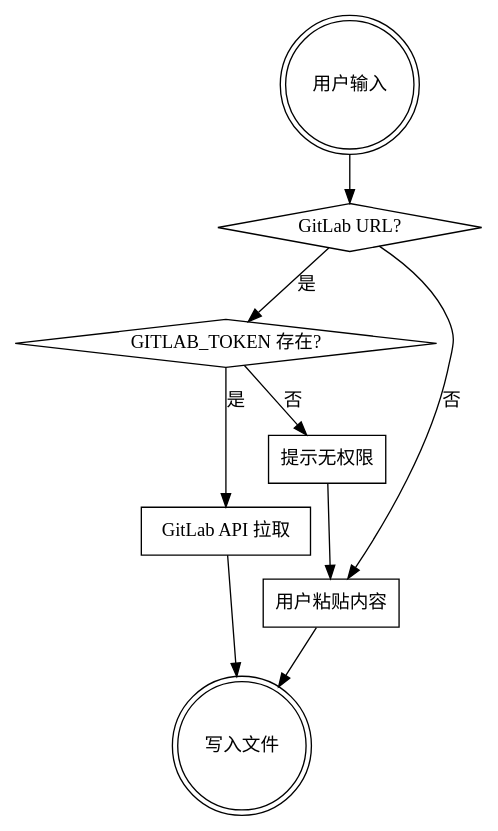
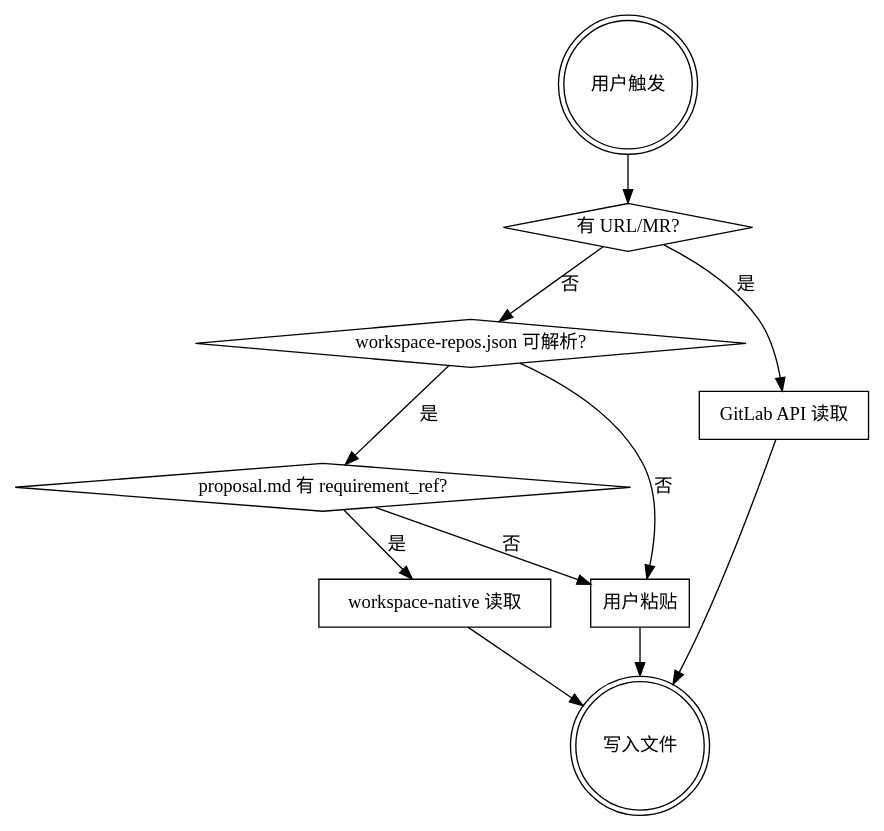
The diagram in plugins/fe-specflow/skills/pull-spec/SKILL.md (guanghetv/onions-cursorkit), drawn with Graphviz before and after one commit. The commit also changed other lines of this file and 35 other files, not shown here.

````diff
--- a/plugins/fe-specflow/skills/pull-spec/SKILL.md
+++ b/plugins/fe-specflow/skills/pull-spec/SKILL.md
@@ -57,20 +74,23 @@
 ```dot
 digraph pull {
-  "用户输入" [shape=doublecircle];
-  "GitLab URL?" [shape=diamond];
-  "GITLAB_TOKEN 存在?" [shape=diamond];
-  "GitLab API 拉取" [shape=box];
-  "提示无权限" [shape=box];
-  "用户粘贴内容" [shape=box];
+  "用户触发" [shape=doublecircle];
+  "有 URL/MR?" [shape=diamond];
+  "workspace-repos.json 可解析?" [shape=diamond];
+  "proposal.md 有 requirement_ref?" [shape=diamond];
+  "workspace-native 读取" [shape=box];
+  "GitLab API 读取" [shape=box];
+  "用户粘贴" [shape=box];
   "写入文件" [shape=doublecircle];
 
-  "用户输入" -> "GitLab URL?";
-  "GitLab URL?" -> "GITLAB_TOKEN 存在?" [label="是"];
-  "GitLab URL?" -> "用户粘贴内容" [label="否"];
-  "GITLAB_TOKEN 存在?" -> "GitLab API 拉取" [label="是"];
-  "GITLAB_TOKEN 存在?" -> "提示无权限" [label="否"];
-  "提示无权限" -> "用户粘贴内容";
-  "GitLab API 拉取" -> "写入文件";
-  "用户粘贴内容" -> "写入文件";
+  "用户触发" -> "有 URL/MR?";
+  "有 URL/MR?" -> "GitLab API 读取" [label="是"];
+  "有 URL/MR?" -> "workspace-repos.json 可解析?" [label="否"];
+  "workspace-repos.json 可解析?" -> "proposal.md 有 requirement_ref?" [label="是"];
+  "workspace-repos.json 可解析?" -> "用户粘贴" [label="否"];
+  "proposal.md 有 requirement_ref?" -> "workspace-native 读取" [label="是"];
+  "proposal.md 有 requirement_ref?" -> "用户粘贴" [label="否"];
+  "workspace-native 读取" -> "写入文件";
+  "GitLab API 读取" -> "写入文件";
+  "用户粘贴" -> "写入文件";
 }
 ```
````
